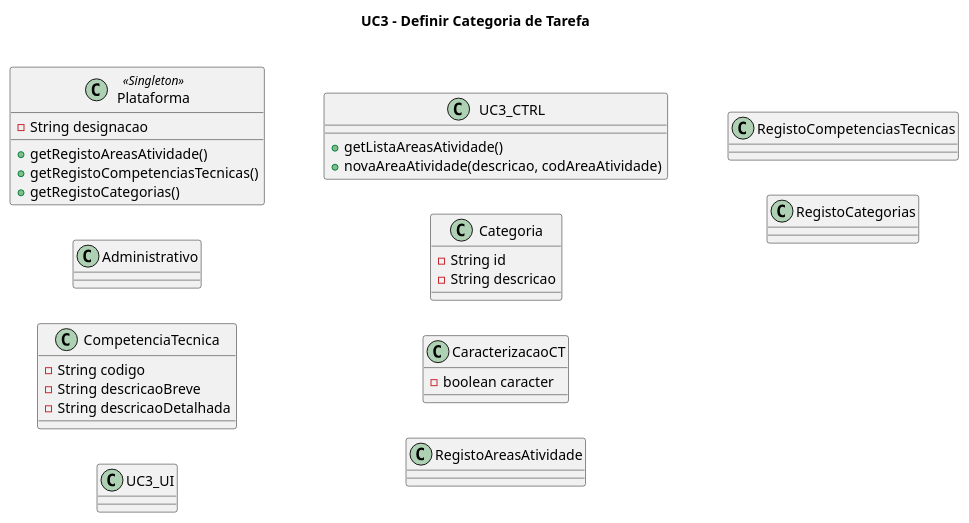
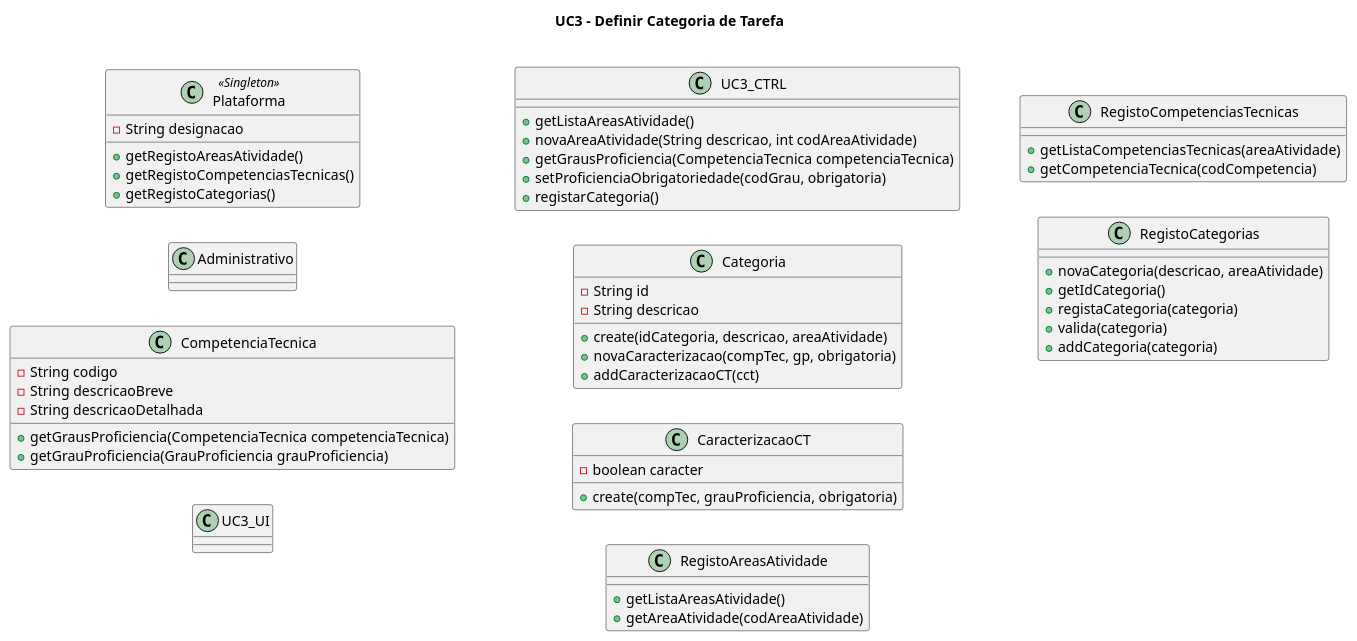
One commit to pedro-miguez/upskill_java1_labprg_grupo3 changed the diagram in Sprint 2/UC3_Definir_Categoria_de_Tarefa/UC3_DC.plantuml. Above: the diagram before and after it, drawn with PlantUML. The commit also changed 1 other file, not shown here.

```diff
--- a/Sprint 2/UC3_Definir_Categoria_de_Tarefa/UC3_DC.plantuml
+++ b/Sprint 2/UC3_Definir_Categoria_de_Tarefa/UC3_DC.plantuml
@@ -1,56 +1,76 @@
 @startuml
 
 left to right direction
 
 title UC3 - Definir Categoria de Tarefa \n
 
 Class Plataforma <<Singleton>> {
     -String designacao
 
     +getRegistoAreasAtividade()
     +getRegistoCompetenciasTecnicas()
     +getRegistoCategorias()
+
 }
 
 Class Administrativo {
     
 }
 
 Class CompetenciaTecnica {
     -String codigo
     -String descricaoBreve
     -String descricaoDetalhada
+
+    +getGrausProficiencia(CompetenciaTecnica competenciaTecnica)
+    +getGrauProficiencia(GrauProficiencia grauProficiencia)
 }
 
 Class UC3_UI {
 }
 
 Class UC3_CTRL {
     +getListaAreasAtividade()
-    +novaAreaAtividade(descricao, codAreaAtividade)
+    +novaAreaAtividade(String descricao, int codAreaAtividade)
+    +getGrausProficiencia(CompetenciaTecnica competenciaTecnica)
+    +setProficienciaObrigatoriedade(codGrau, obrigatoria)
+    +registarCategoria()
+
 }
 
 Class Categoria {
     -String id
     -String descricao
+
+    +create(idCategoria, descricao, areaAtividade)
+    +novaCaracterizacao(compTec, gp, obrigatoria)
+    +addCaracterizacaoCT(cct)
 }
 
 Class CaracterizacaoCT {
     -boolean caracter
+
+    +create(compTec, grauProficiencia, obrigatoria)
 }
 
 
 Class RegistoAreasAtividade {
-
+    +getListaAreasAtividade()
+    +getAreaAtividade(codAreaAtividade)
 }
 
 Class RegistoCompetenciasTecnicas {
-
+    +getListaCompetenciasTecnicas(areaAtividade)
+    +getCompetenciaTecnica(codCompetencia)
 }
 
 Class RegistoCategorias {
-
+    +novaCategoria(descricao, areaAtividade)
+    +getIdCategoria()
+    +registaCategoria(categoria)
+    +valida(categoria)
+    +addCategoria(categoria)
 }
 
 
 @enduml
```
